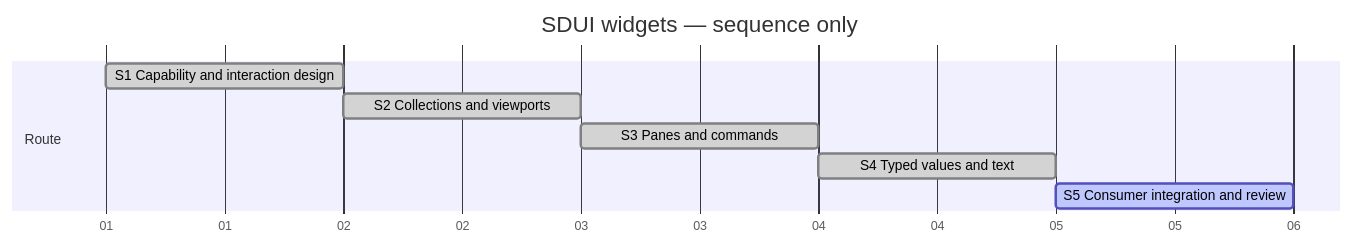
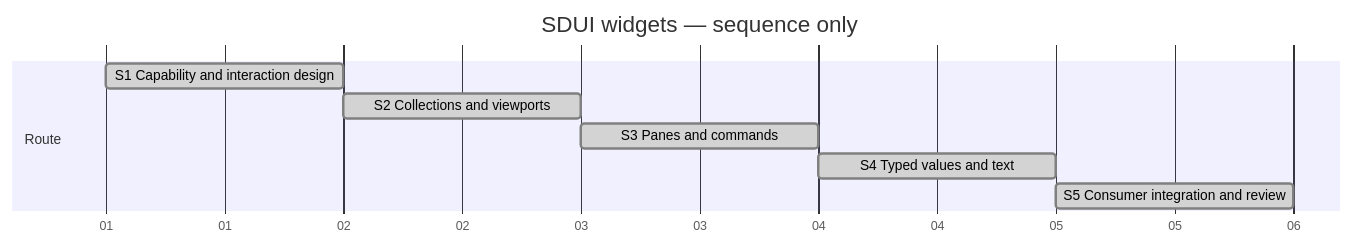
The diagram in SDP/Sessions/session-#0010--SDUI_widgets.md (Hans-Einar/SDP), drawn with Mermaid before and after one commit. The commit also changed other lines of this file and 848 other files, not shown here.

````diff
--- a/SDP/Sessions/session-#0010--SDUI_widgets.md
+++ b/SDP/Sessions/session-#0010--SDUI_widgets.md
@@ -9,12 +9,12 @@
 ```mermaid
 gantt
     title SDUI widgets — sequence only
     dateFormat YYYY-MM-DD
     axisFormat %d
     section Route
     S1 Capability and interaction design :done, s1, 2000-01-01, 1d
     S2 Collections and viewports :done, s2, after s1, 1d
     S3 Panes and commands :done, s3, after s2, 1d
     S4 Typed values and text :done, s4, after s3, 1d
-    S5 Consumer integration and review :active, s5, after s4, 1d
+    S5 Consumer integration and review :done, s5, after s4, 1d
 ```
````
